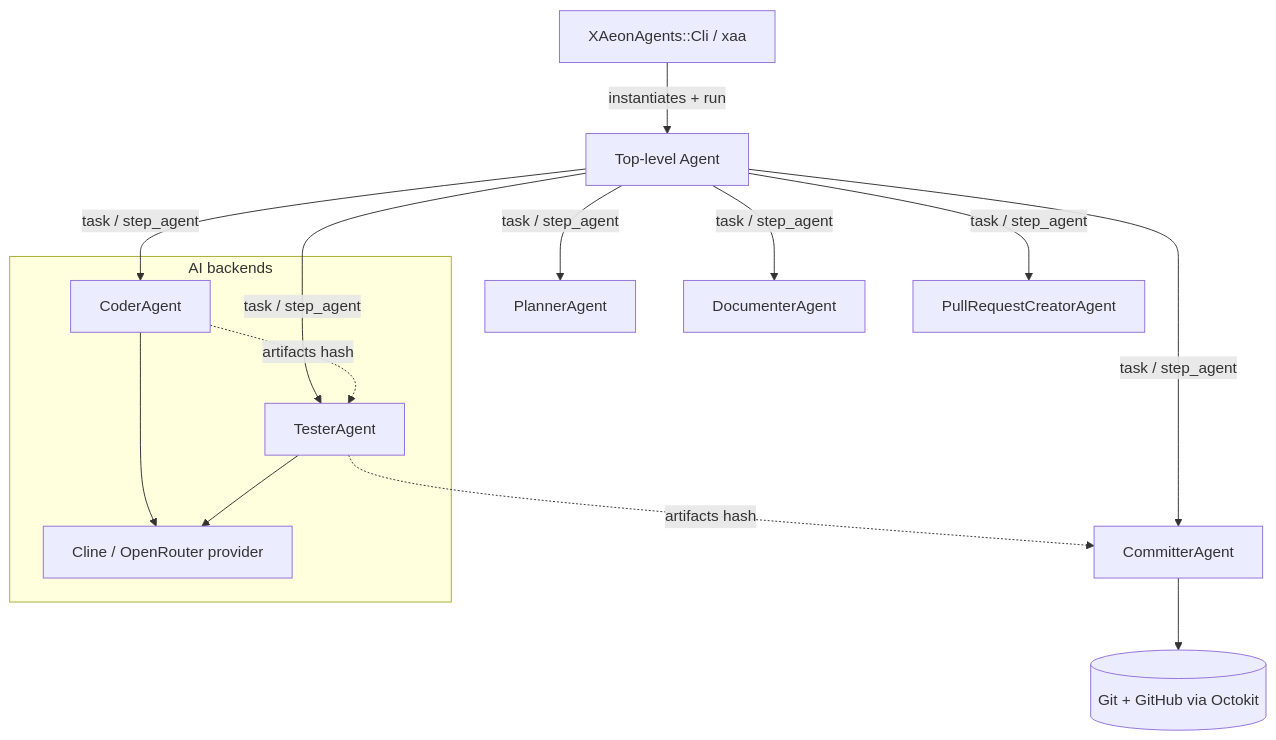
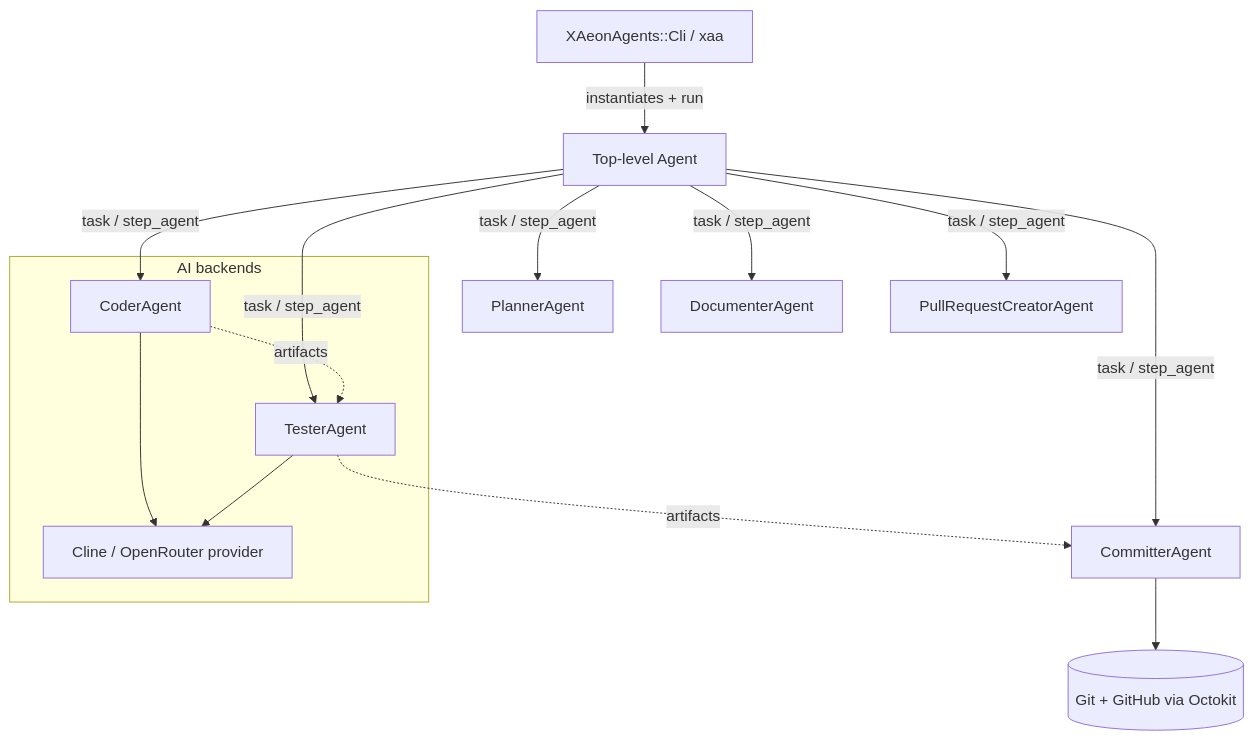
The diagram in README.md (Muriel-Salvan/x_aeon_agents), drawn with Mermaid before and after one commit. The commit also changed other lines of this file and 6 other files, not shown here.

````diff
--- a/README.md
+++ b/README.md
@@ -473,17 +304,17 @@
 ```mermaid
 flowchart TD
   CLI[XAeonAgents::Cli / xaa] -->|instantiates + run| A[Top-level Agent]
   A -->|task / step_agent| P[PlannerAgent]
   A -->|task / step_agent| C[CoderAgent]
   A -->|task / step_agent| T[TesterAgent]
   A -->|task / step_agent| K[CommitterAgent]
   A -->|task / step_agent| D[DocumenterAgent]
   A -->|task / step_agent| PR[PullRequestCreatorAgent]
-  C -.->|artifacts hash| T
-  T -.->|artifacts hash| K
+  C -.->|artifacts| T
+  T -.->|artifacts| K
   subgraph LLM[AI backends]
     C --> Prov[Cline / OpenRouter provider]
     T --> Prov
   end
   K --> Git[(Git + GitHub via Octokit)]
 ```
````
